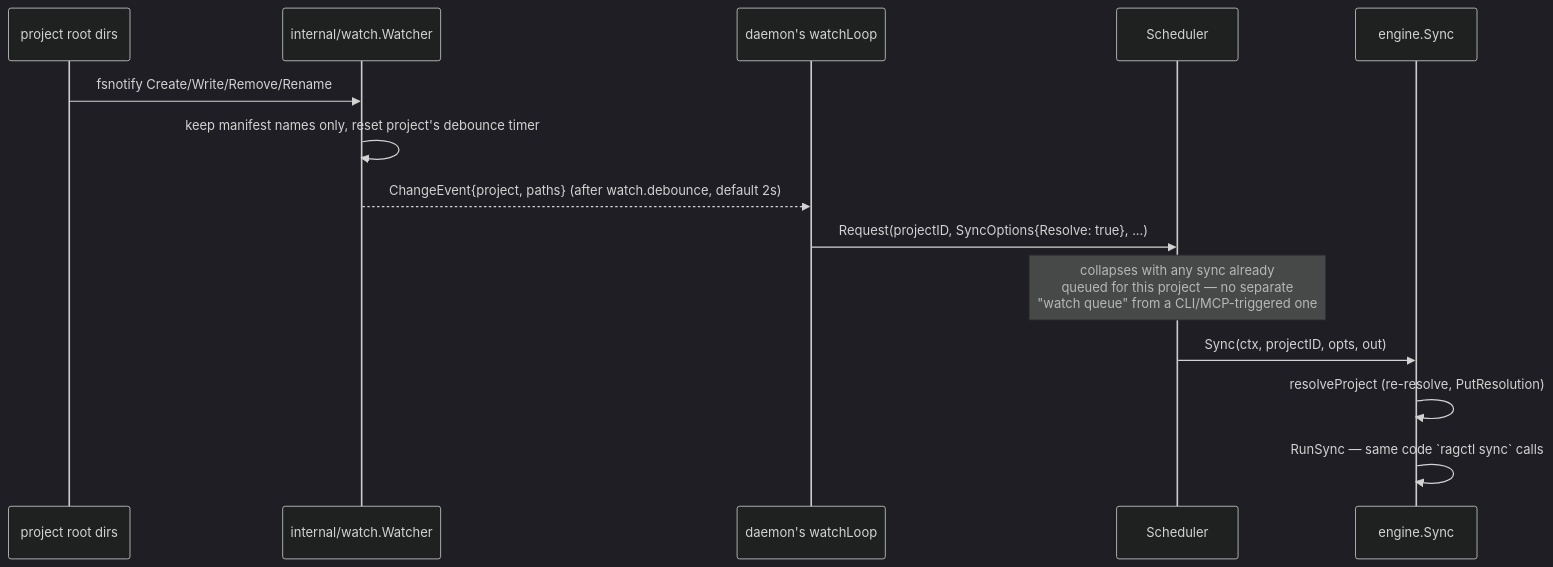
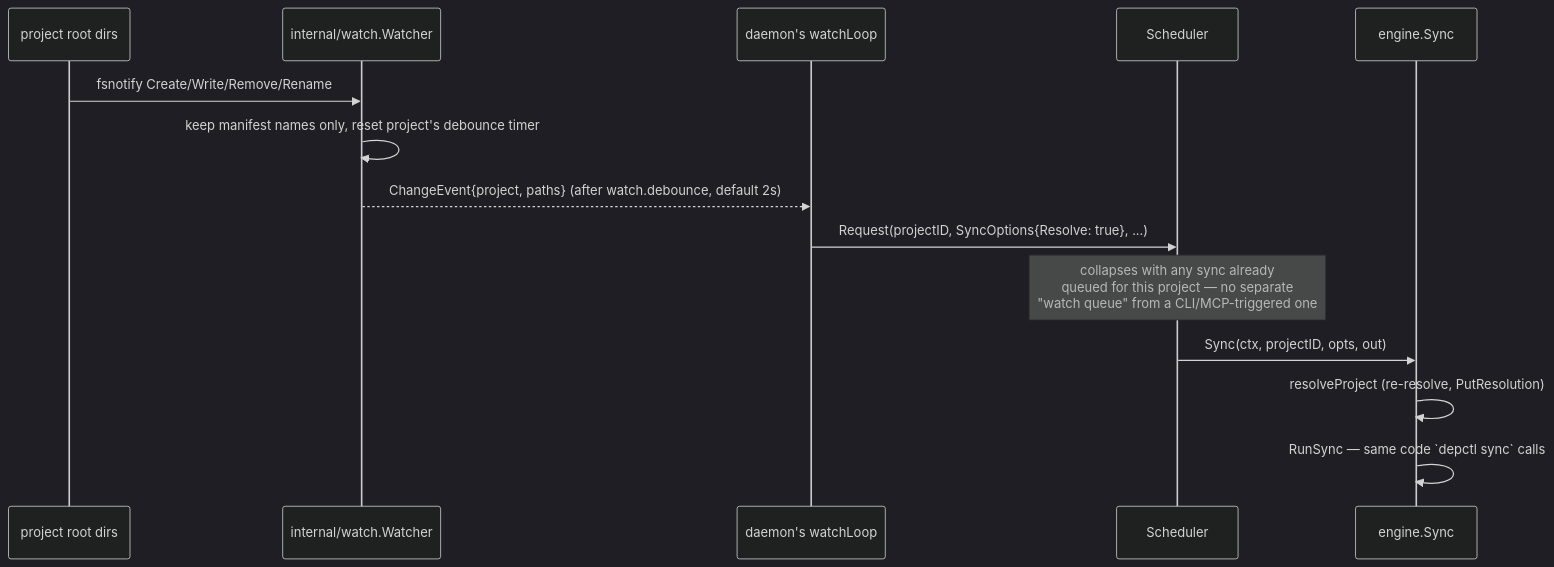
Diagram 12 of 16 in docs/architecture.md (aleutian-ai/depctl), drawn with Mermaid (dark theme) before and after one commit. The commit also changed other lines of this file and 588 other files, not shown here.

Commit message:
Rename ragctl to depctl: binary, module github.com/aleutian-ai/depctl, paths, env vars, metrics, MCP name, docs

````diff
--- a/docs/architecture.md
+++ b/docs/architecture.md
@@ -514,17 +514,17 @@
 ```mermaid
 sequenceDiagram
     participant FS as project root dirs
     participant W as internal/watch.Watcher
     participant L as daemon's watchLoop
     participant Sched as Scheduler
     participant Engine as engine.Sync
 
     FS->>W: fsnotify Create/Write/Remove/Rename
     W->>W: keep manifest names only, reset project's debounce timer
     W-->>L: ChangeEvent{project, paths} (after watch.debounce, default 2s)
     L->>Sched: Request(projectID, SyncOptions{Resolve: true}, ...)
     Note over Sched: collapses with any sync already<br/>queued for this project — no separate<br/>"watch queue" from a CLI/MCP-triggered one
     Sched->>Engine: Sync(ctx, projectID, opts, out)
     Engine->>Engine: resolveProject (re-resolve, PutResolution)
-    Engine->>Engine: RunSync — same code `ragctl sync` calls
+    Engine->>Engine: RunSync — same code `depctl sync` calls
 ```
````
